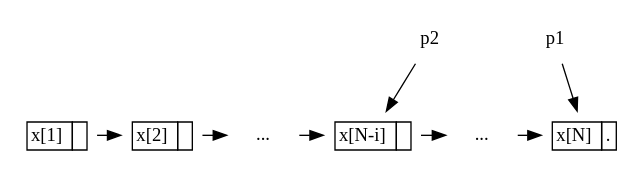
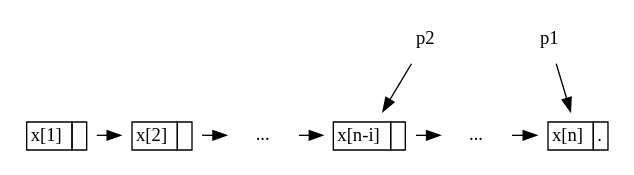
Before and after one commit to liuxinyu95/AlgoXY: the diagram in others/appendix/list/img/list-rindex-2.dot, drawn with Graphviz. The commit also changed 2 other files, not shown here.

```diff
--- a/others/appendix/list/img/list-rindex-2.dot
+++ b/others/appendix/list/img/list-rindex-2.dot
@@ -1,19 +1,19 @@
 digraph G{
     /* reverse indexing. */
     margin="0"
 	node [shape=plaintext];
 	x1[label=<<table BORDER="0" CELLBORDER="1" CELLSPACING="0">
         <tr><td port="car">x[1]</td><td port="cdr"> </td></tr></table>>];
     x2[label=<<table BORDER="0" CELLBORDER="1" CELLSPACING="0">
         <tr><td port="car">x[2]</td><td port="cdr"> </td></tr></table>>];
     dot1 [label="..."];
     xiN[label=<<table BORDER="0" CELLBORDER="1" CELLSPACING="0">
-       <tr><td port="car">x[N-i]</td><td port="cdr"> </td></tr></table>>];
+       <tr><td port="car">x[n-i]</td><td port="cdr"> </td></tr></table>>];
     dot2 [label="..."];
     xN[label=<<table BORDER="0" CELLBORDER="1" CELLSPACING="0">
-       <tr><td port="car">x[N]</td><td port="cdr">.</td></tr></table>>];
+       <tr><td port="car">x[n]</td><td port="cdr">.</td></tr></table>>];
     {rank=same x1->x2->dot1->xiN->dot2->xN};
     {rank=same p2->p1[style=invis]};
     p2->xiN;
     p1->xN;
 }
```
